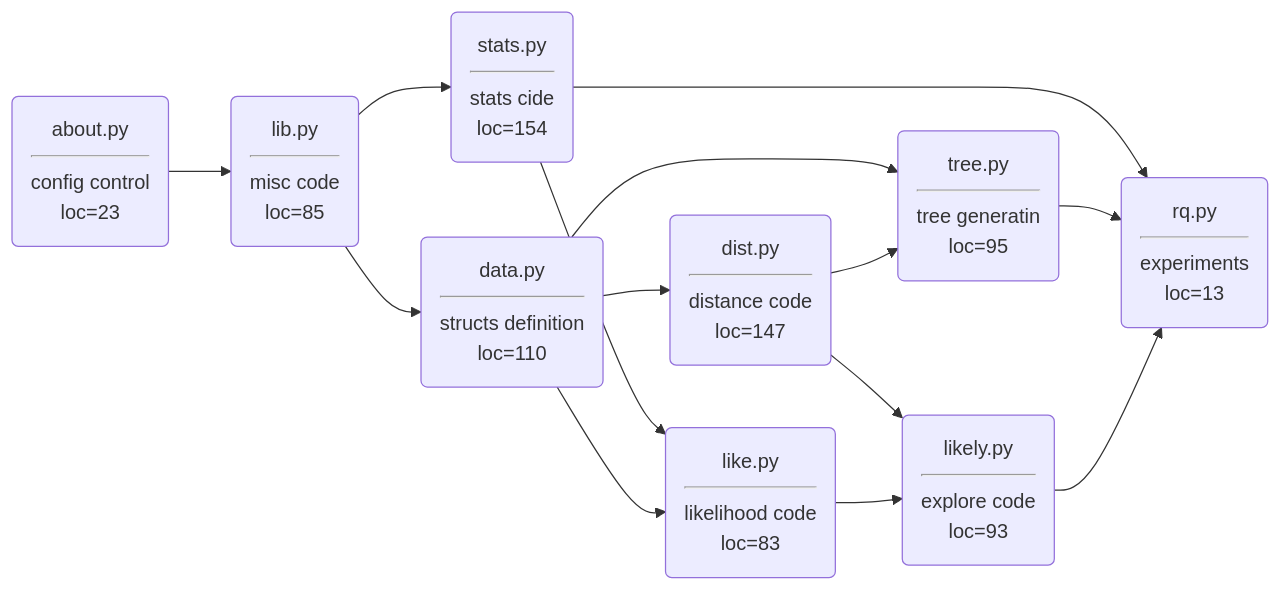
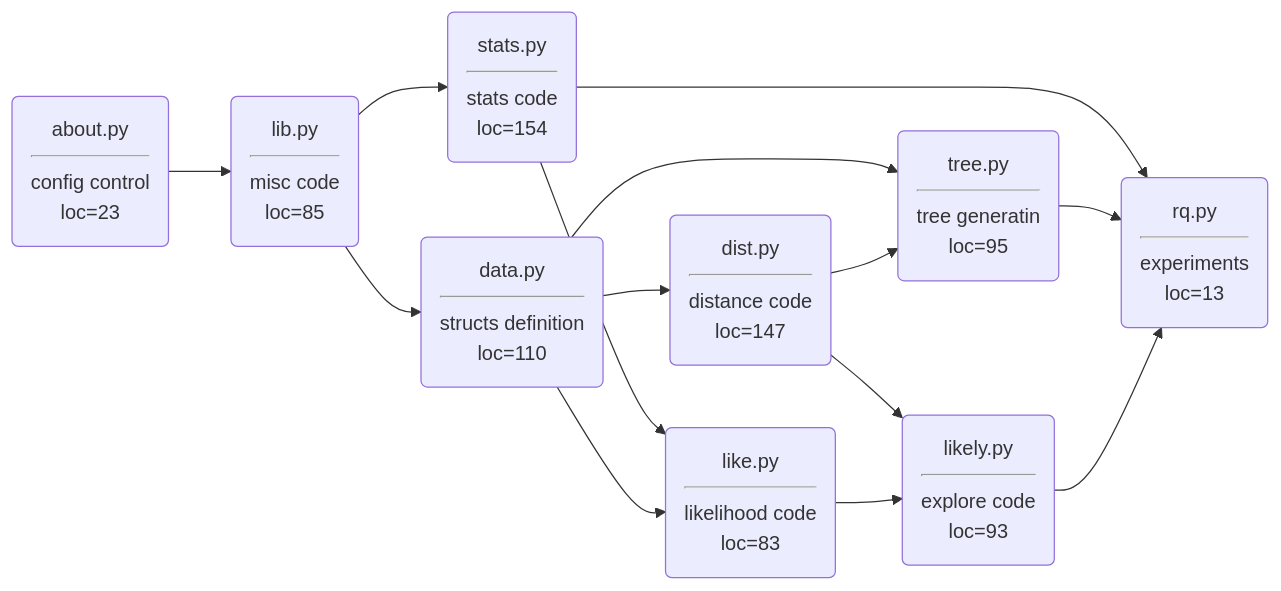
Before and after one commit to timm/ezr: the diagram in ezr/README.md, drawn with Mermaid.

````diff
--- a/ezr/README.md
+++ b/ezr/README.md
@@ -3,25 +3,25 @@
 ```mermaid
 graph LR;
 lib(lib.py<hr>misc code<br>loc=85);
 about(about.py<hr>config control<br>loc=23);
 data(data.py<hr>structs definition<br>loc=110)
 dist(dist.py<hr>distance code<br>loc=147);
 like(like.py<hr>likelihood code<br>loc=83);
 likely(likely.py<hr>explore code<br>loc=93);
 rq(rq.py<hr>experiments<br>loc=13);
-stats(stats.py<hr>stats cide<br>loc=154);
+stats(stats.py<hr>stats code<br>loc=154);
 tree(tree.py<hr>tree generatin<br>loc=95);
 lib --> data;
 stats --> like;
 stats --> rq;
 data --> dist;
 about --> lib;
 data --> like;
 dist --> likely;
 like --> likely;
 lib --> stats;
 data --> tree;
 dist --> tree;
 tree --> rq;
 likely --> rq;
 ```
````
